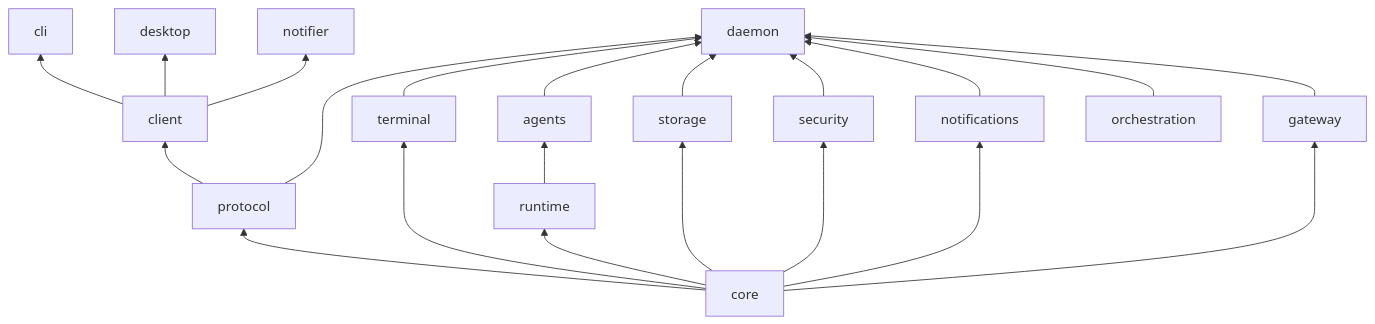
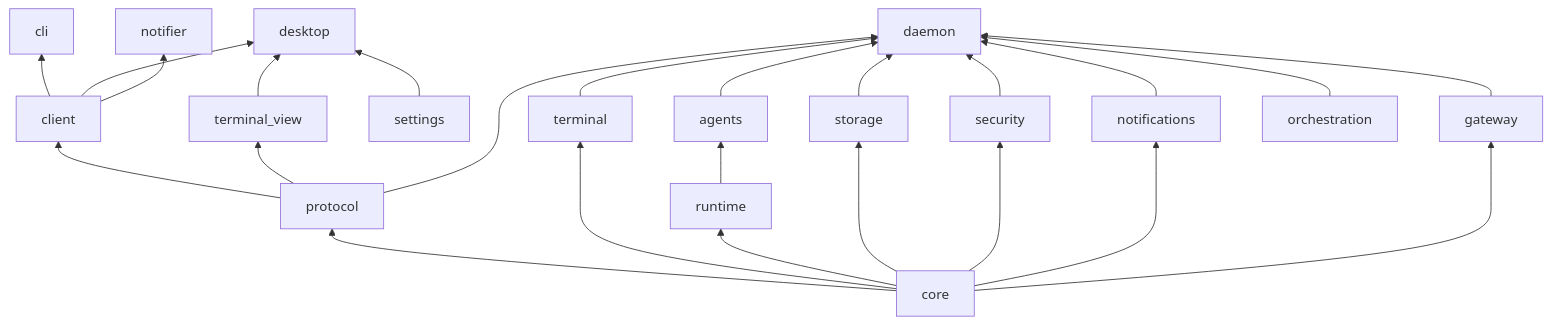
The second of 6 diagrams in docs/architecture.md (robertt3kuk/heeler), drawn with Mermaid before and after one commit. The commit also changed other lines of this file and 10 other files, not shown here.

````diff
--- a/docs/architecture.md
+++ b/docs/architecture.md
@@ -54,13 +56,15 @@
 ```mermaid
 flowchart BT
   core --> protocol
   protocol --> client
   client --> cli
   client --> desktop
   client --> notifier
+  protocol --> terminal_view --> desktop
+  settings --> desktop
   core --> terminal & runtime & storage & security & notifications
   runtime --> agents
   core --> gateway
   terminal & agents & gateway & storage & security & notifications & orchestration --> daemon
   protocol --> daemon
 ```
````
